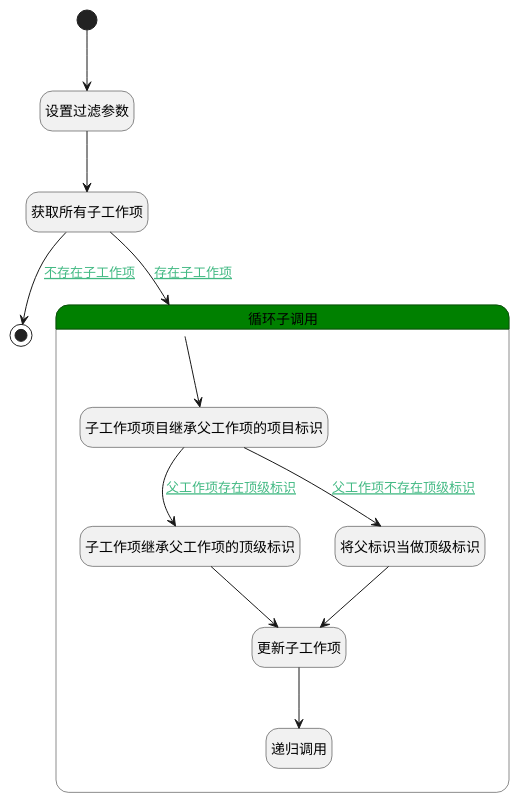
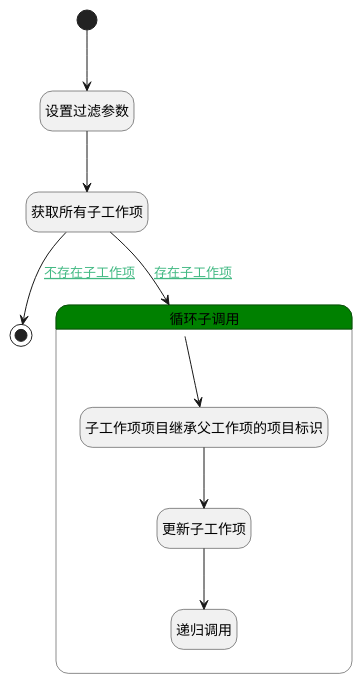
One commit to iBizLab/plm changed the diagram in doc/docsify/module/ProjMgmt/work_item/logic/move_child_work_item.md. Above: the diagram before and after it, drawn with PlantUML. The commit also changed other lines of this file and 1068 other files, not shown here.

````diff
--- a/doc/docsify/module/ProjMgmt/work_item/logic/move_child_work_item.md
+++ b/doc/docsify/module/ProjMgmt/work_item/logic/move_child_work_item.md
@@ -7,37 +7,32 @@
 ```plantuml
 @startuml
 hide empty description
 <style>
 root {
   HyperlinkColor #42b983
 }
 </style>
 
 hide empty description
 state "开始" as Begin <<start>> [[$./move_child_work_item#begin {"开始"}]]
 state "设置过滤参数" as PREPAREPARAM1  [[$./move_child_work_item#prepareparam1 {"设置过滤参数"}]]
 state "获取所有子工作项" as DEDATASET1  [[$./move_child_work_item#dedataset1 {"获取所有子工作项"}]]
 state "结束" as END1 <<end>> [[$./move_child_work_item#end1 {"结束"}]]
 state "循环子调用" as LOOPSUBCALL1  [[$./move_child_work_item#loopsubcall1 {"循环子调用"}]] #green {
 state "子工作项项目继承父工作项的项目标识" as PREPAREPARAM2  [[$./move_child_work_item#prepareparam2 {"子工作项项目继承父工作项的项目标识"}]]
-state "子工作项继承父工作项的顶级标识" as PREPAREPARAM3  [[$./move_child_work_item#prepareparam3 {"子工作项继承父工作项的顶级标识"}]]
-state "将父标识当做顶级标识" as PREPAREPARAM4  [[$./move_child_work_item#prepareparam4 {"将父标识当做顶级标识"}]]
 state "更新子工作项" as DEACTION1  [[$./move_child_work_item#deaction1 {"更新子工作项"}]]
 state "递归调用" as DELOGIC1  [[$./move_child_work_item#delogic1 {"递归调用"}]]
 }
 
 
 Begin --> PREPAREPARAM1
 PREPAREPARAM1 --> DEDATASET1
 DEDATASET1 --> LOOPSUBCALL1 : [[$./move_child_work_item#dedataset1-loopsubcall1{存在子工作项} 存在子工作项]]
 LOOPSUBCALL1 --> PREPAREPARAM2
-PREPAREPARAM2 --> PREPAREPARAM3 : [[$./move_child_work_item#prepareparam2-prepareparam3{父工作项存在顶级标识} 父工作项存在顶级标识]]
-PREPAREPARAM3 --> DEACTION1
+PREPAREPARAM2 --> DEACTION1
 DEACTION1 --> DELOGIC1
-PREPAREPARAM2 --> PREPAREPARAM4 : [[$./move_child_work_item#prepareparam2-prepareparam4{父工作项不存在顶级标识} 父工作项不存在顶级标识]]
-PREPAREPARAM4 --> DEACTION1
 DEDATASET1 --> END1 : [[$./move_child_work_item#dedataset1-end1{不存在子工作项} 不存在子工作项]]
 
 
 @enduml
 ```
````
